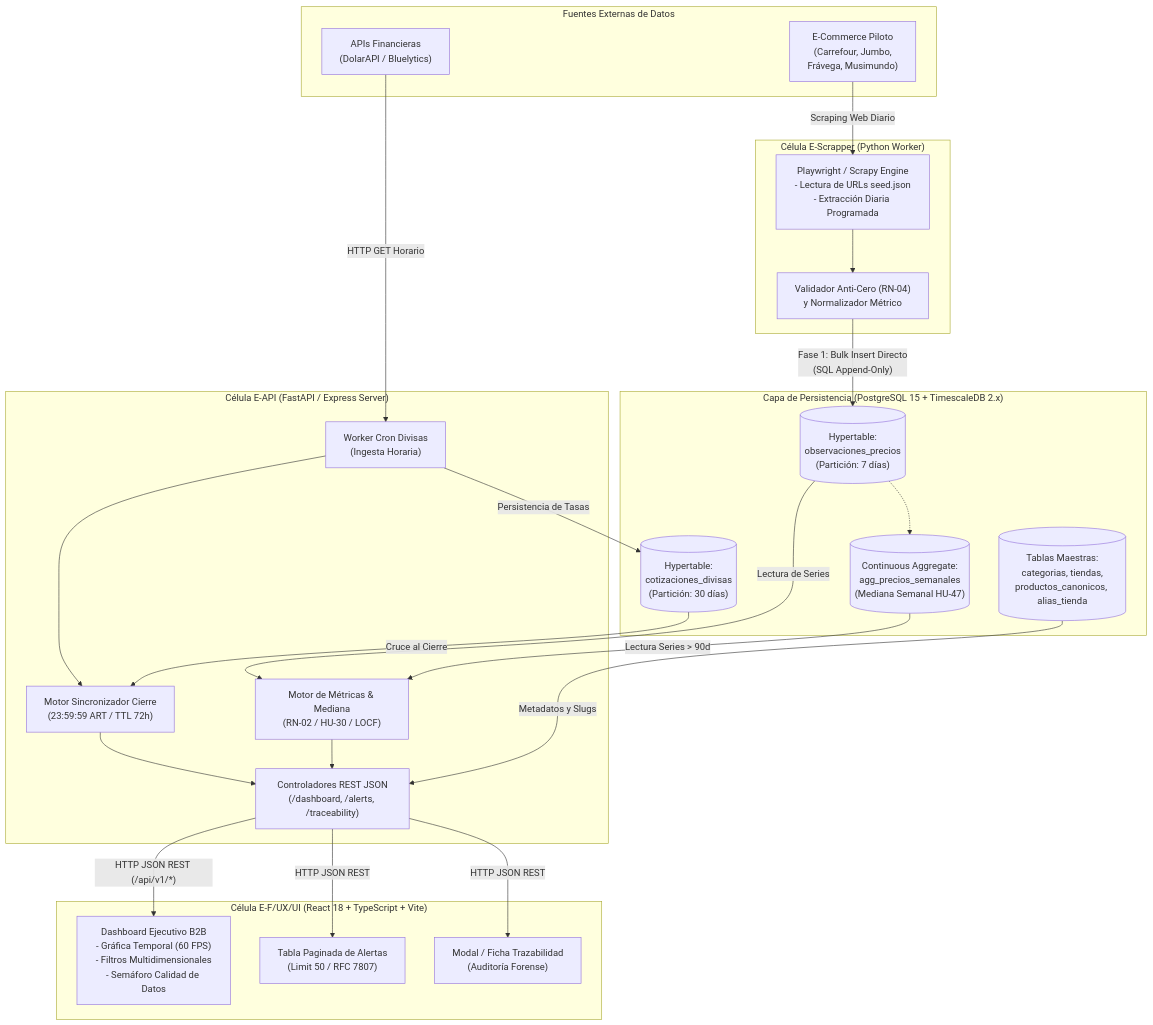
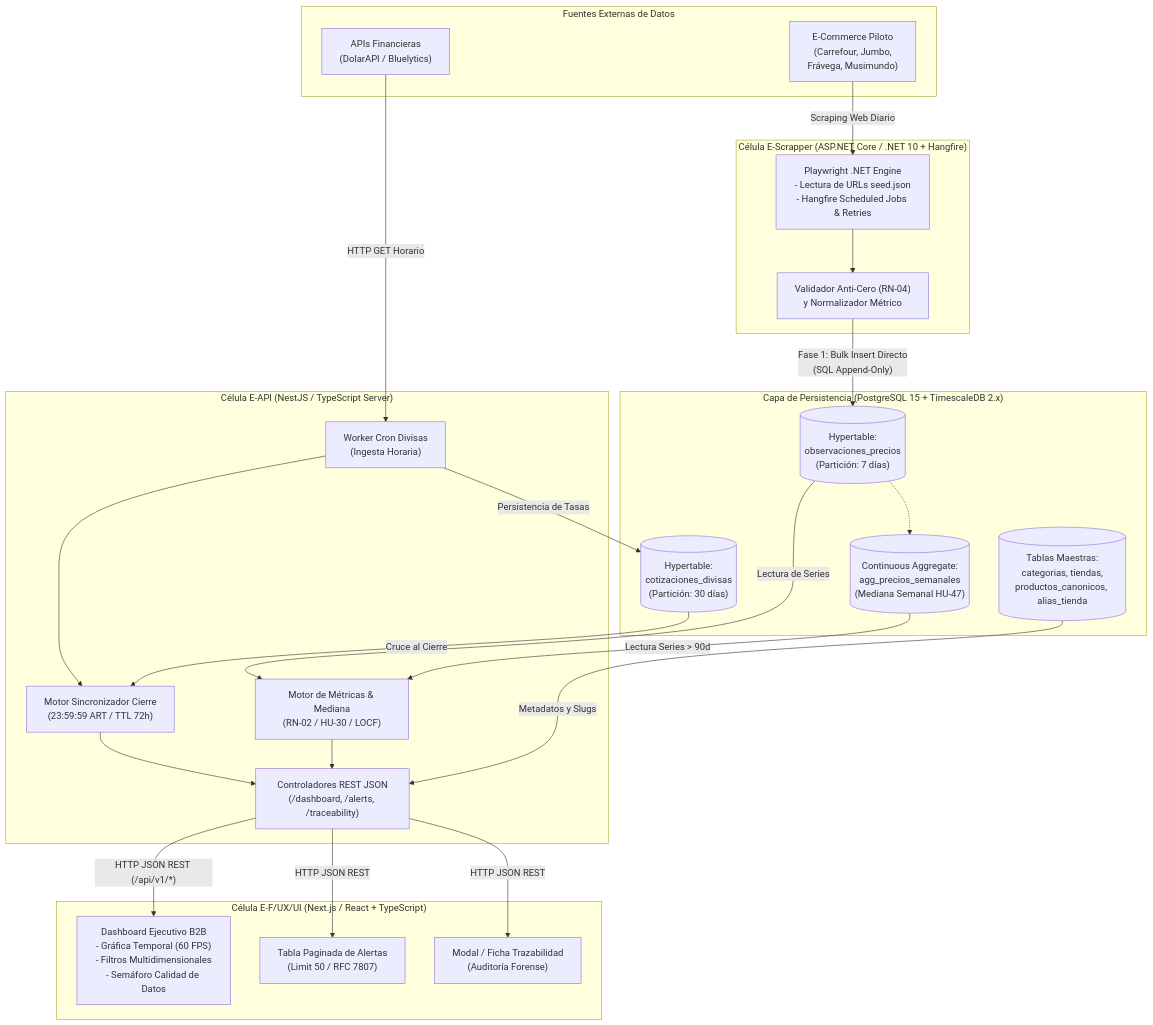
Before and after one commit to Alejoho/S10-26-E2-PriceScope_Practice: the first of 3 diagrams in docs/01-analisis/05-Software-Architecture-Pipeline.md, drawn with Mermaid. The commit also changed other lines of this file and 2 other files, not shown here.

Commit message:
feat: update architecture documentation to reflect changes in technology stack and implementation details for scrapers, API, and frontend

````diff
--- a/docs/01-analisis/05-Software-Architecture-Pipeline.md
+++ b/docs/01-analisis/05-Software-Architecture-Pipeline.md
@@ -50,56 +50,56 @@
 ```mermaid
 flowchart TD
     subgraph FuentesExternas ["Fuentes Externas de Datos"]
         COM["E-Commerce Piloto<br/>(Carrefour, Jumbo,<br/>Frávega, Musimundo)"]
         FIN["APIs Financieras<br/>(DolarAPI / Bluelytics)"]
     end
 
-    subgraph PipelineScraping ["Célula E-Scrapper (Python Worker)"]
-        SCRAP["Playwright / Scrapy Engine<br/>- Lectura de URLs seed.json<br/>- Extracción Diaria Programada"]
+    subgraph PipelineScraping ["Célula E-Scrapper (ASP.NET Core / .NET 10 + Hangfire)"]
+        SCRAP["Playwright .NET Engine<br/>- Lectura de URLs seed.json<br/>- Hangfire Scheduled Jobs & Retries"]
         DTO_VAL["Validador Anti-Cero (RN-04)<br/>y Normalizador Métrico"]
         SCRAP --> DTO_VAL
     end
 
     subgraph Persistencia ["Capa de Persistencia (PostgreSQL 15 + TimescaleDB 2.x)"]
         HYPER_OBS[("Hypertable:<br/>observaciones_precios<br/>(Partición: 7 días)")]
         HYPER_DIV[("Hypertable:<br/>cotizaciones_divisas<br/>(Partición: 30 días)")]
         REL_MAST[("Tablas Maestras:<br/>categorias, tiendas,<br/>productos_canonicos, alias_tienda")]
         AGG_MAT[("Continuous Aggregate:<br/>agg_precios_semanales<br/>(Mediana Semanal HU-47)")]
         HYPER_OBS -.-> AGG_MAT
     end
 
-    subgraph BackendAPI ["Célula E-API (FastAPI / Express Server)"]
+    subgraph BackendAPI ["Célula E-API (NestJS / TypeScript Server)"]
         CRON_DIV["Worker Cron Divisas<br/>(Ingesta Horaria)"]
         CLOSE_ENG["Motor Sincronizador Cierre<br/>(23:59:59 ART / TTL 72h)"]
         CALC_MED["Motor de Métricas & Mediana<br/>(RN-02 / HU-30 / LOCF)"]
         API_ENDP["Controladores REST JSON<br/>(/dashboard, /alerts, /traceability)"]
         CRON_DIV --> CLOSE_ENG
         CLOSE_ENG --> API_ENDP
         CALC_MED --> API_ENDP
     end
 
-    subgraph FrontendSPA ["Célula E-F/UX/UI (React 18 + TypeScript + Vite)"]
+    subgraph FrontendSPA ["Célula E-F/UX/UI (Next.js / React + TypeScript)"]
         DASH_UI["Dashboard Ejecutivo B2B<br/>- Gráfica Temporal (60 FPS)<br/>- Filtros Multidimensionales<br/>- Semáforo Calidad de Datos"]
         ALERT_UI["Tabla Paginada de Alertas<br/>(Limit 50 / RFC 7807)"]
         TRACE_UI["Modal / Ficha Trazabilidad<br/>(Auditoría Forense)"]
     end
 
     %% Conexiones
     COM -->|Scraping Web Diario| SCRAP
     FIN -->|HTTP GET Horario| CRON_DIV
     
     %% Fase 1 Direct Bulk Insert
     DTO_VAL -->|"Fase 1: Bulk Insert Directo<br/>(SQL Append-Only)"| HYPER_OBS
     CRON_DIV -->|"Persistencia de Tasas"| HYPER_DIV
 
     %% Consumo Backend
     HYPER_OBS -->|"Lectura de Series"| CALC_MED
     AGG_MAT -->|"Lectura Series > 90d"| CALC_MED
     HYPER_DIV -->|"Cruce al Cierre"| CLOSE_ENG
     REL_MAST -->|"Metadatos y Slugs"| API_ENDP
 
     %% Consumo Frontend
     API_ENDP -->|"HTTP JSON REST (/api/v1/*)"| DASH_UI
     API_ENDP -->|"HTTP JSON REST"| ALERT_UI
     API_ENDP -->|"HTTP JSON REST"| TRACE_UI
 ```
````
